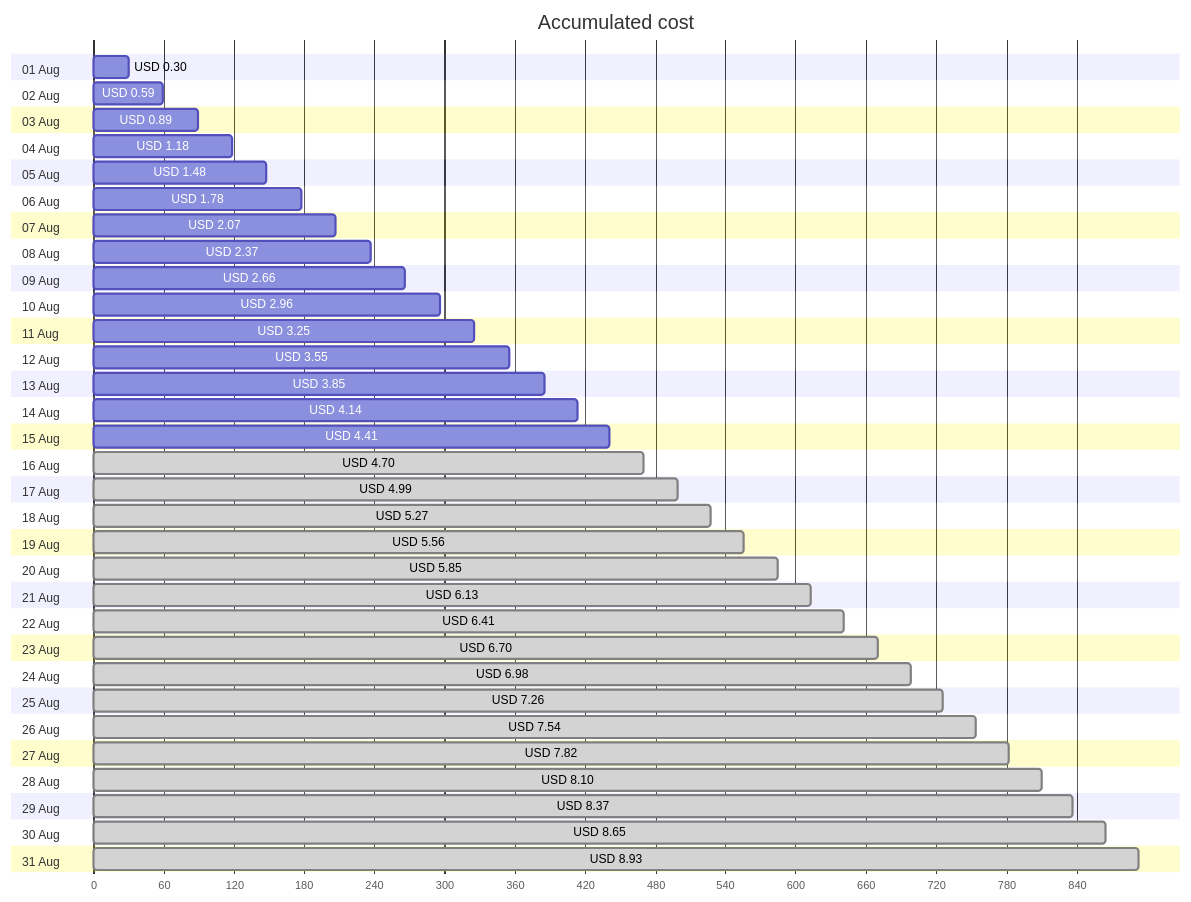
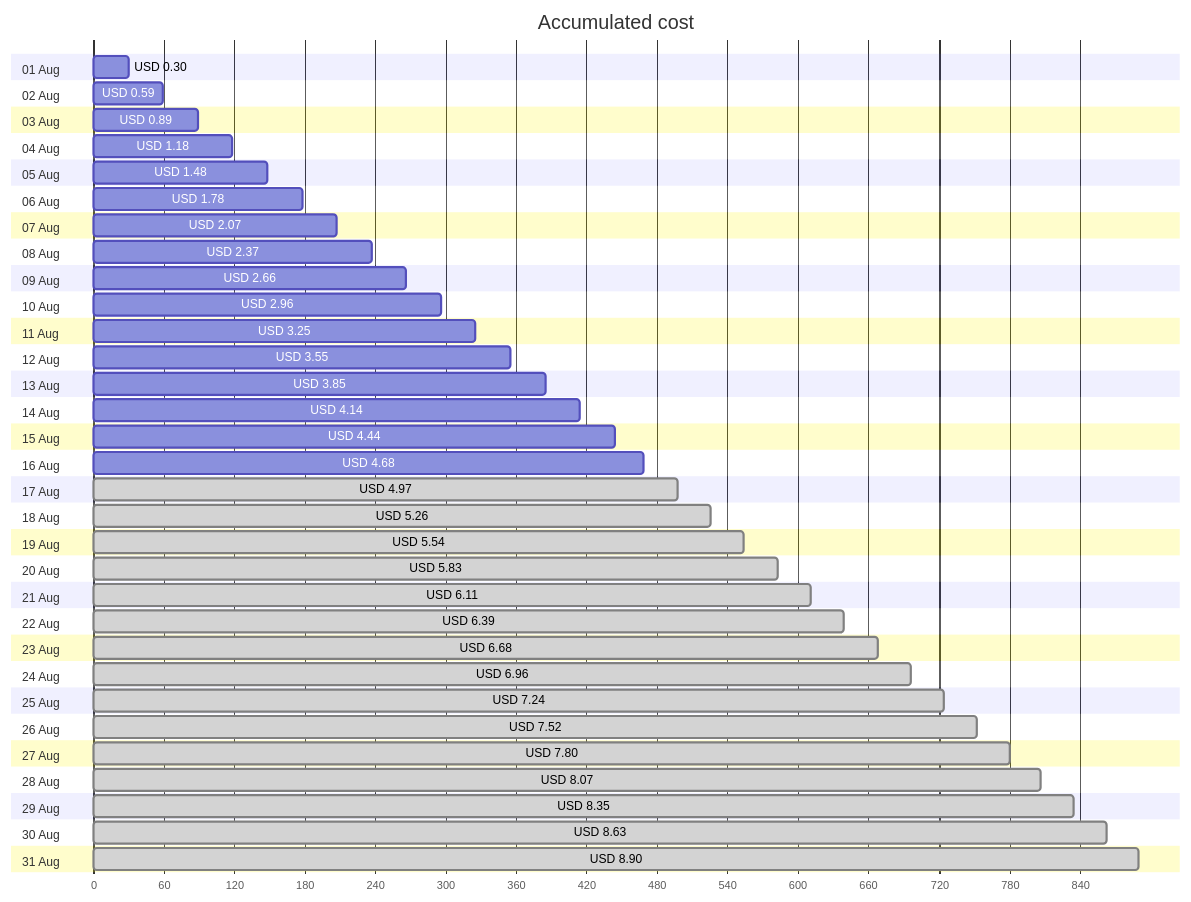
The first of 4 diagrams in cost-reports/personal-site/personal-site.md (jpfulton/azure-personal-reports), drawn with Mermaid before and after one commit. The commit also changed other lines of this file and 6 other files, not shown here.

````diff
--- a/cost-reports/personal-site/personal-site.md
+++ b/cost-reports/personal-site/personal-site.md
@@ -20,68 +20,68 @@
 ```mermaid
 gantt
    title Accumulated cost
    dateFormat  X
    axisFormat %s
    section 01 Aug
    USD 0.30 :0, 30
    section 02 Aug
    USD 0.59 :0, 59
    section 03 Aug
    USD 0.89 :0, 89
    section 04 Aug
    USD 1.18 :0, 118
    section 05 Aug
    USD 1.48 :0, 148
    section 06 Aug
    USD 1.78 :0, 178
    section 07 Aug
    USD 2.07 :0, 207
    section 08 Aug
    USD 2.37 :0, 237
    section 09 Aug
    USD 2.66 :0, 266
    section 10 Aug
    USD 2.96 :0, 296
    section 11 Aug
    USD 3.25 :0, 325
    section 12 Aug
    USD 3.55 :0, 355
    section 13 Aug
    USD 3.85 :0, 385
    section 14 Aug
    USD 4.14 :0, 414
    section 15 Aug
-   USD 4.41 :0, 441
+   USD 4.44 :0, 444
    section 16 Aug
-   USD 4.70 : done, 0, 470
+   USD 4.68 :0, 468
    section 17 Aug
-   USD 4.99 : done, 0, 499
+   USD 4.97 : done, 0, 497
    section 18 Aug
-   USD 5.27 : done, 0, 527
+   USD 5.26 : done, 0, 526
    section 19 Aug
-   USD 5.56 : done, 0, 556
+   USD 5.54 : done, 0, 554
    section 20 Aug
-   USD 5.85 : done, 0, 585
+   USD 5.83 : done, 0, 583
    section 21 Aug
-   USD 6.13 : done, 0, 613
+   USD 6.11 : done, 0, 611
    section 22 Aug
-   USD 6.41 : done, 0, 641
+   USD 6.39 : done, 0, 639
    section 23 Aug
-   USD 6.70 : done, 0, 670
+   USD 6.68 : done, 0, 668
    section 24 Aug
-   USD 6.98 : done, 0, 698
+   USD 6.96 : done, 0, 696
    section 25 Aug
-   USD 7.26 : done, 0, 726
+   USD 7.24 : done, 0, 724
    section 26 Aug
-   USD 7.54 : done, 0, 754
+   USD 7.52 : done, 0, 752
    section 27 Aug
-   USD 7.82 : done, 0, 782
+   USD 7.80 : done, 0, 780
    section 28 Aug
-   USD 8.10 : done, 0, 810
+   USD 8.07 : done, 0, 807
    section 29 Aug
-   USD 8.37 : done, 0, 837
+   USD 8.35 : done, 0, 835
    section 30 Aug
-   USD 8.65 : done, 0, 865
+   USD 8.63 : done, 0, 863
    section 31 Aug
-   USD 8.93 : done, 0, 893
+   USD 8.90 : done, 0, 890
 ```
````
